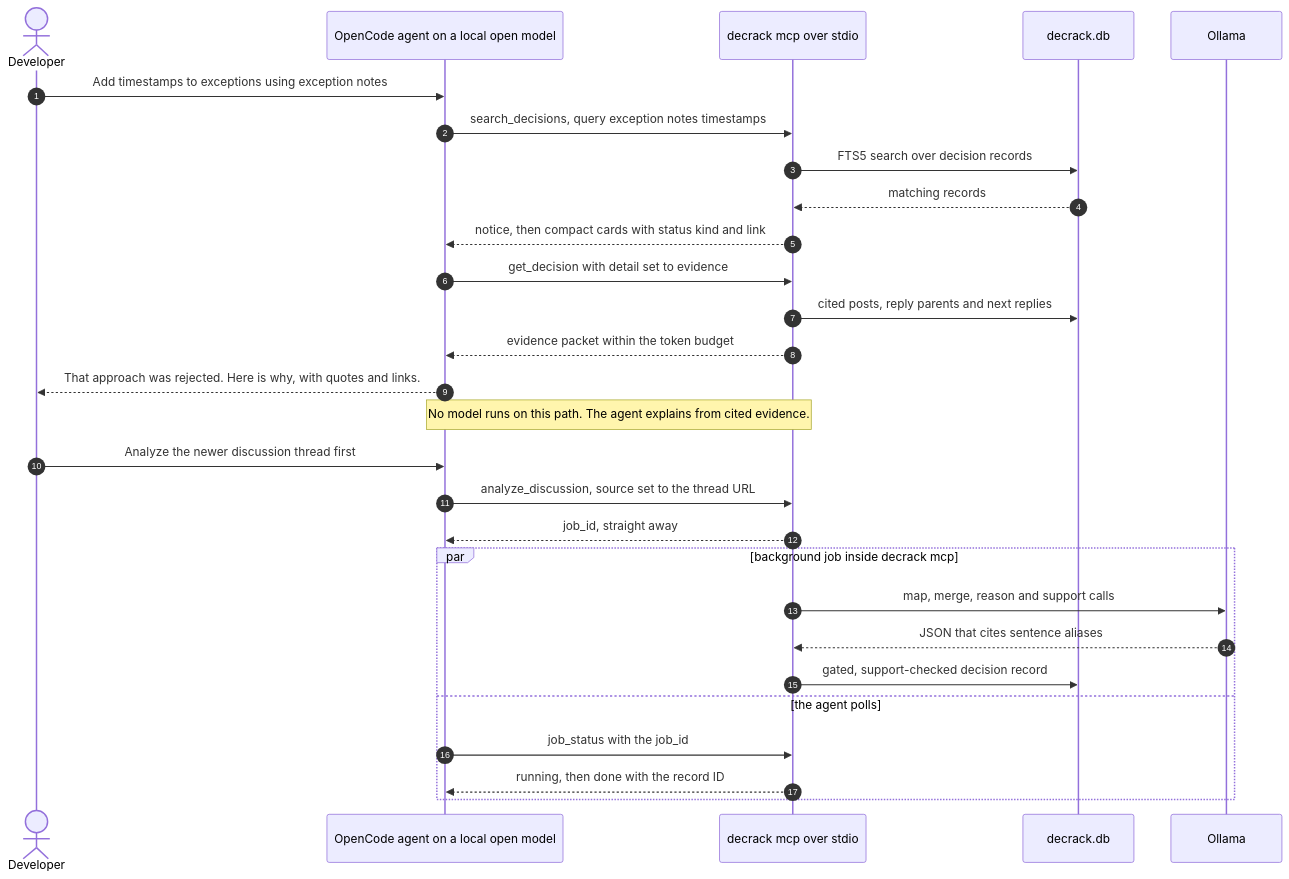
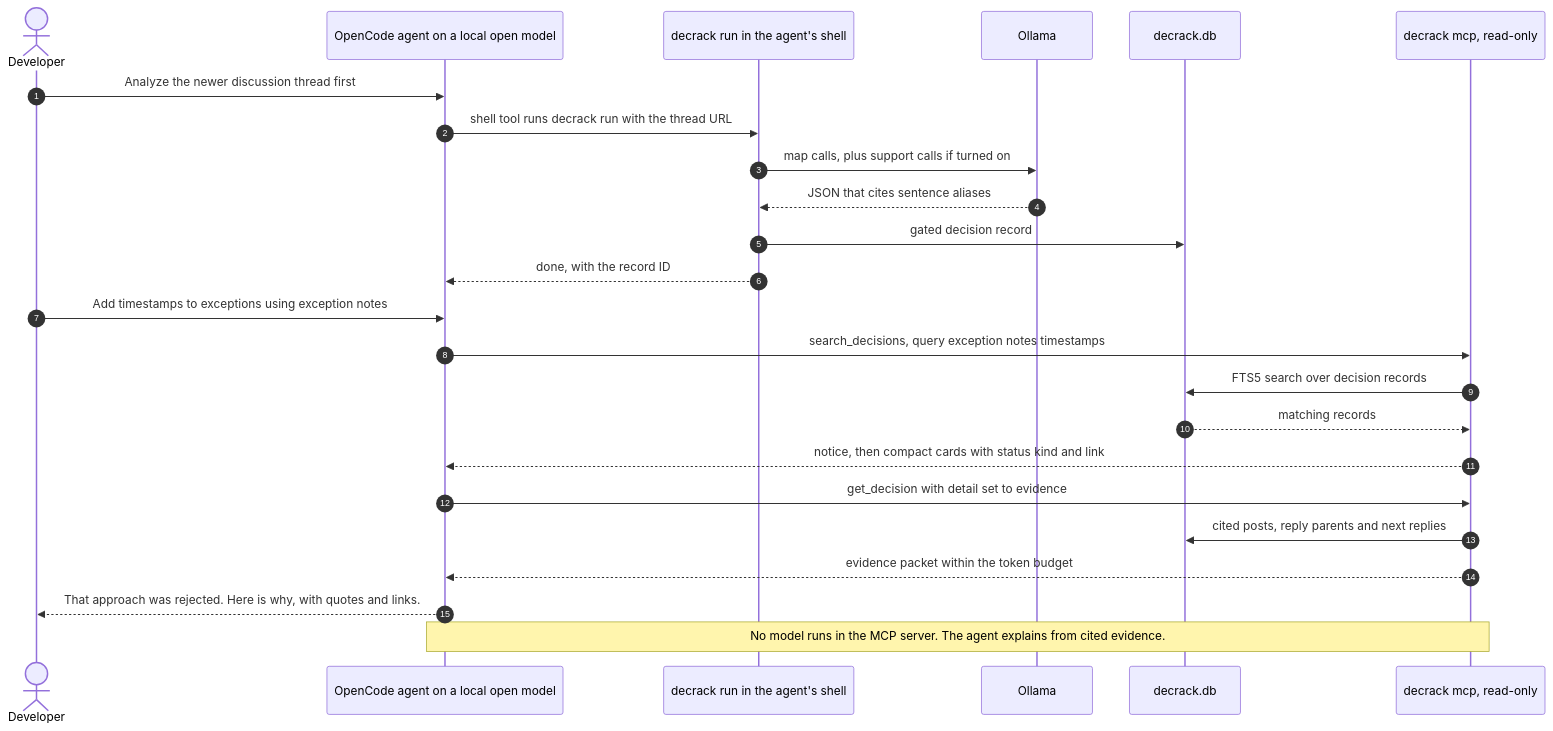
One commit to Madhav-GPT/DecRack changed the sixth of 8 diagrams in docs/ARCHITECTURE.md. Above: the diagram before and after it, drawn with Mermaid. The commit also changed other lines of this file and 6 other files, not shown here.

````diff
--- a/docs/ARCHITECTURE.md
+++ b/docs/ARCHITECTURE.md
@@ -544,30 +549,26 @@
 ```mermaid
 sequenceDiagram
     autonumber
     actor Dev as Developer
     participant OC as OpenCode agent on a local open model
-    participant DR as decrack mcp over stdio
+    participant SH as decrack run in the agent's shell
+    participant OL as Ollama
     participant DB as decrack.db
-    participant OL as Ollama
+    participant DR as decrack mcp, read-only
+    Dev->>OC: Analyze the newer discussion thread first
+    OC->>SH: shell tool runs decrack run with the thread URL
+    SH->>OL: map calls, plus support calls if turned on
+    OL-->>SH: JSON that cites sentence aliases
+    SH->>DB: gated decision record
+    SH-->>OC: done, with the record ID
     Dev->>OC: Add timestamps to exceptions using exception notes
     OC->>DR: search_decisions, query exception notes timestamps
     DR->>DB: FTS5 search over decision records
     DB-->>DR: matching records
     DR-->>OC: notice, then compact cards with status kind and link
     OC->>DR: get_decision with detail set to evidence
     DR->>DB: cited posts, reply parents and next replies
     DR-->>OC: evidence packet within the token budget
     OC-->>Dev: That approach was rejected. Here is why, with quotes and links.
-    Note over OC,DR: No model runs on this path. The agent explains from cited evidence.
-    Dev->>OC: Analyze the newer discussion thread first
-    OC->>DR: analyze_discussion, source set to the thread URL
-    DR-->>OC: job_id, straight away
-    par background job inside decrack mcp
-        DR->>OL: map, merge, reason and support calls
-        OL-->>DR: JSON that cites sentence aliases
-        DR->>DB: gated, support-checked decision record
-    and the agent polls
-        OC->>DR: job_status with the job_id
-        DR-->>OC: running, then done with the record ID
-    end
+    Note over OC,DR: No model runs in the MCP server. The agent explains from cited evidence.
 ```
````
